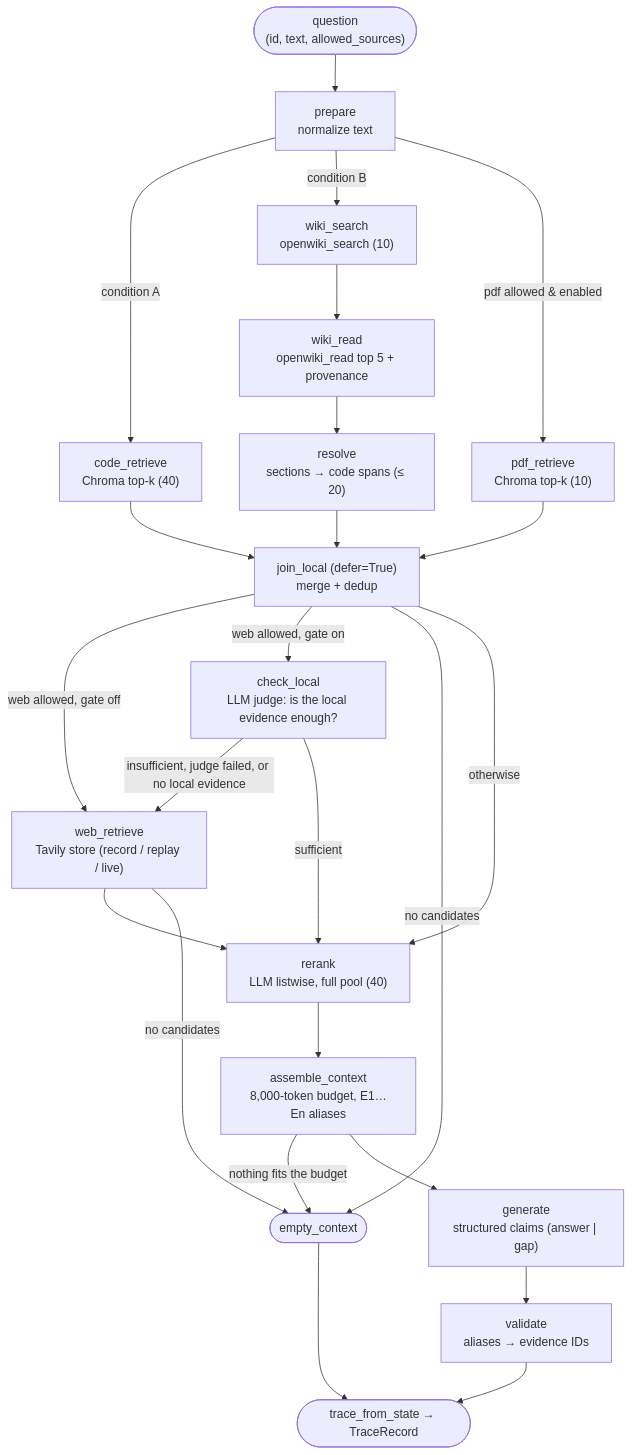
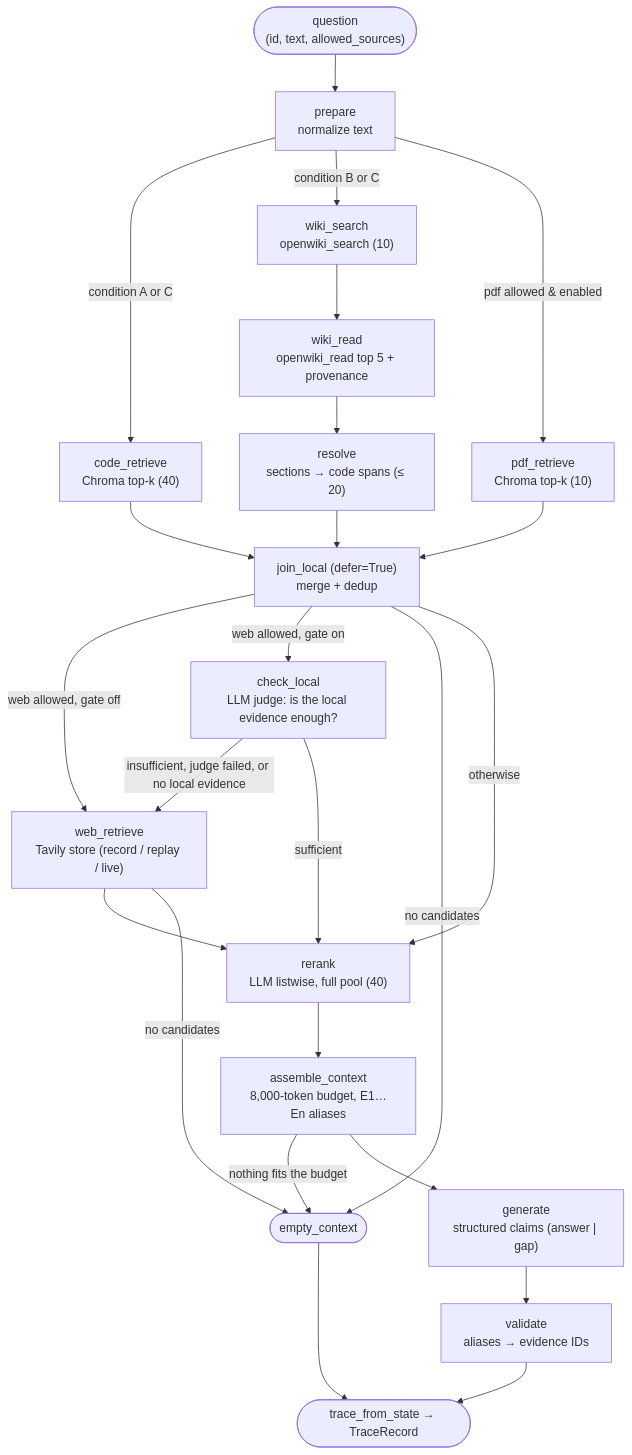
The fourth of 9 diagrams in docs/architecture.md (andresdp/design-wiki-bridge), drawn with Mermaid before and after one commit. The commit also changed other lines of this file and 25 other files, not shown here.

First line of the commit message:
feat: condition C (vector + wiki) and pairwise evaluation of any two conditions

````diff
--- a/docs/architecture.md
+++ b/docs/architecture.md
@@ -142,26 +142,26 @@
 ```mermaid
 flowchart TD
     Q(["question<br/>(id, text, allowed_sources)"]) --> prepare["prepare<br/>normalize text"]
-    prepare -->|"condition A"| code["code_retrieve<br/>Chroma top-k (40)"]
-    prepare -->|"condition B"| ws["wiki_search<br/>openwiki_search (10)"]
+    prepare -->|"condition A or C"| code["code_retrieve<br/>Chroma top-k (40)"]
+    prepare -->|"condition B or C"| ws["wiki_search<br/>openwiki_search (10)"]
     ws --> wr["wiki_read<br/>openwiki_read top 5 + provenance"]
     wr --> res["resolve<br/>sections → code spans (≤ 20)"]
     prepare -->|"pdf allowed & enabled"| pdf["pdf_retrieve<br/>Chroma top-k (10)"]
     code --> join["join_local (defer=True)<br/>merge + dedup"]
     res --> join
     pdf --> join
     join -->|"web allowed, gate off"| webn["web_retrieve<br/>Tavily store (record / replay / live)"]
     join -->|"web allowed, gate on"| chk["check_local<br/>LLM judge: is the local evidence enough?"]
     chk -->|"insufficient, judge failed, or no local evidence"| webn
     chk -->|"sufficient"| rr
     join -->|"no candidates"| empty(["empty_context"])
     join -->|"otherwise"| rr
     webn --> rr["rerank<br/>LLM listwise, full pool (40)"]
     webn -->|"no candidates"| empty
     rr --> ctx["assemble_context<br/>8,000-token budget, E1…En aliases"]
     ctx -->|"nothing fits the budget"| empty
     ctx --> gen["generate<br/>structured claims (answer | gap)"]
     gen --> val["validate<br/>aliases → evidence IDs"]
     val --> T(["trace_from_state → TraceRecord"])
     empty --> T
 ```
````
